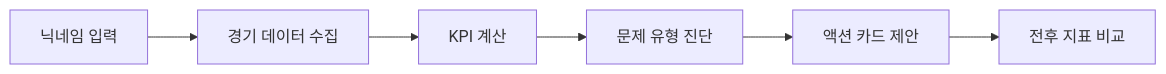
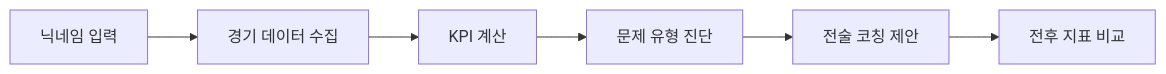
One commit to minzai0116/fcoach changed the first of 2 diagrams in README.md. Above: the diagram before and after it, drawn with Mermaid. The commit also changed other lines of this file and 19 other files, not shown here.

````diff
--- a/README.md
+++ b/README.md
@@ -35,8 +35,8 @@
 ```mermaid
 flowchart LR
     A["닉네임 입력"] --> B["경기 데이터 수집"]
     B --> C["KPI 계산"]
     C --> D["문제 유형 진단"]
-    D --> E["액션 카드 제안"]
+    D --> E["전술 코칭 제안"]
     E --> F["전후 지표 비교"]
 ```
````
